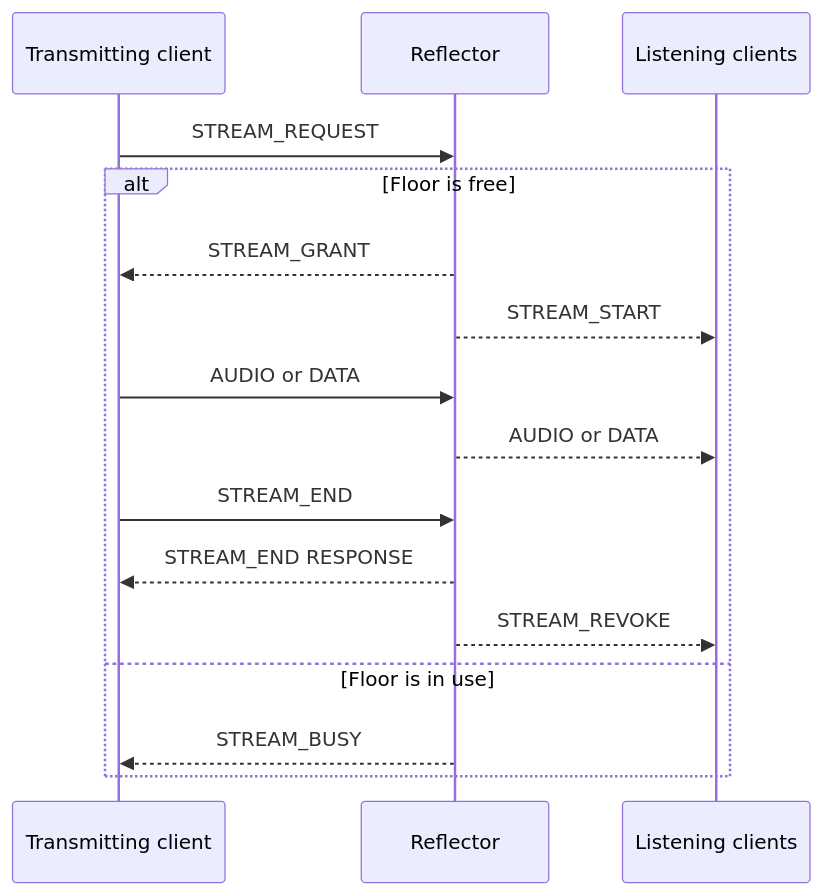
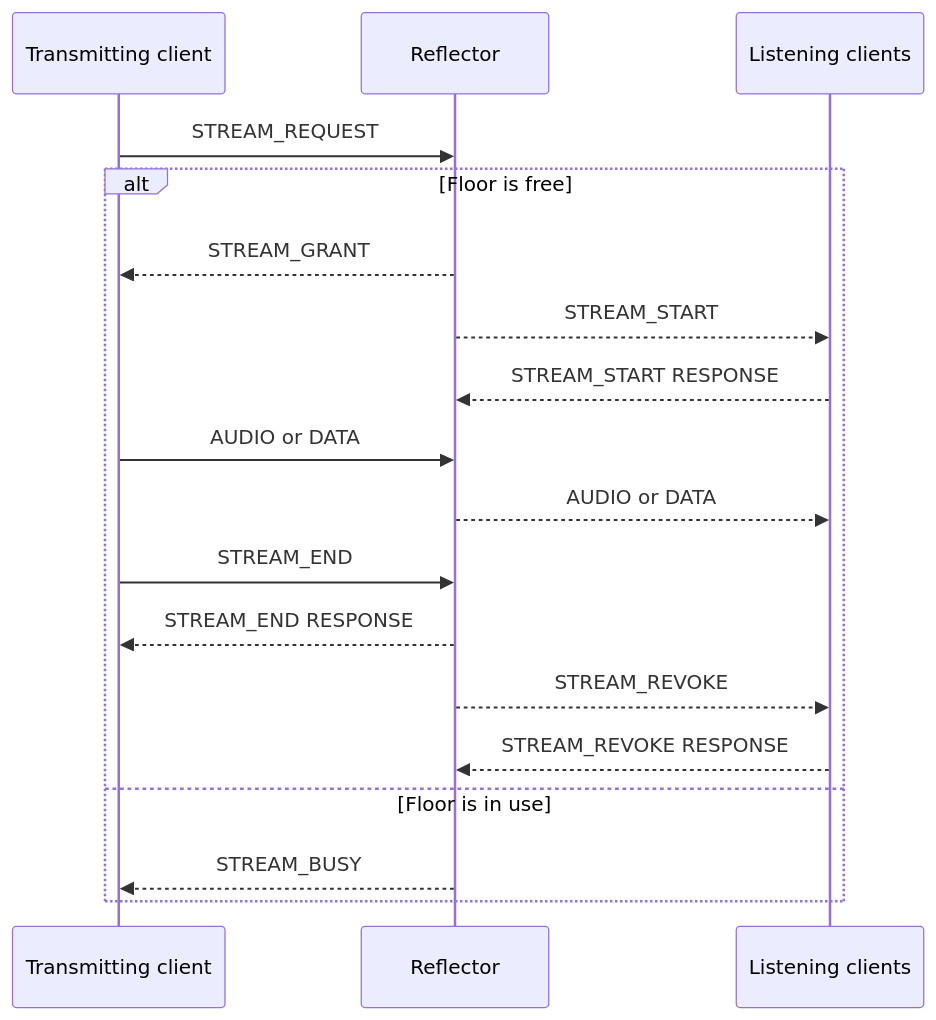
The second of 2 diagrams in docs/protocol-v1.md (dbehnke/opusref), drawn with Mermaid before and after one commit. The commit also changed other lines of this file and 2 other files, not shown here.

Commit message:
Make stream metadata delivery recoverable

````diff
--- a/docs/protocol-v1.md
+++ b/docs/protocol-v1.md
@@ -242,18 +263,20 @@
 ```mermaid
 sequenceDiagram
     participant T as Transmitting client
     participant R as Reflector
     participant L as Listening clients
     T->>R: STREAM_REQUEST
     alt Floor is free
         R-->>T: STREAM_GRANT
         R-->>L: STREAM_START
+        L-->>R: STREAM_START RESPONSE
         T->>R: AUDIO or DATA
         R-->>L: AUDIO or DATA
         T->>R: STREAM_END
         R-->>T: STREAM_END RESPONSE
         R-->>L: STREAM_REVOKE
+        L-->>R: STREAM_REVOKE RESPONSE
     else Floor is in use
         R-->>T: STREAM_BUSY
     end
 ```
````
